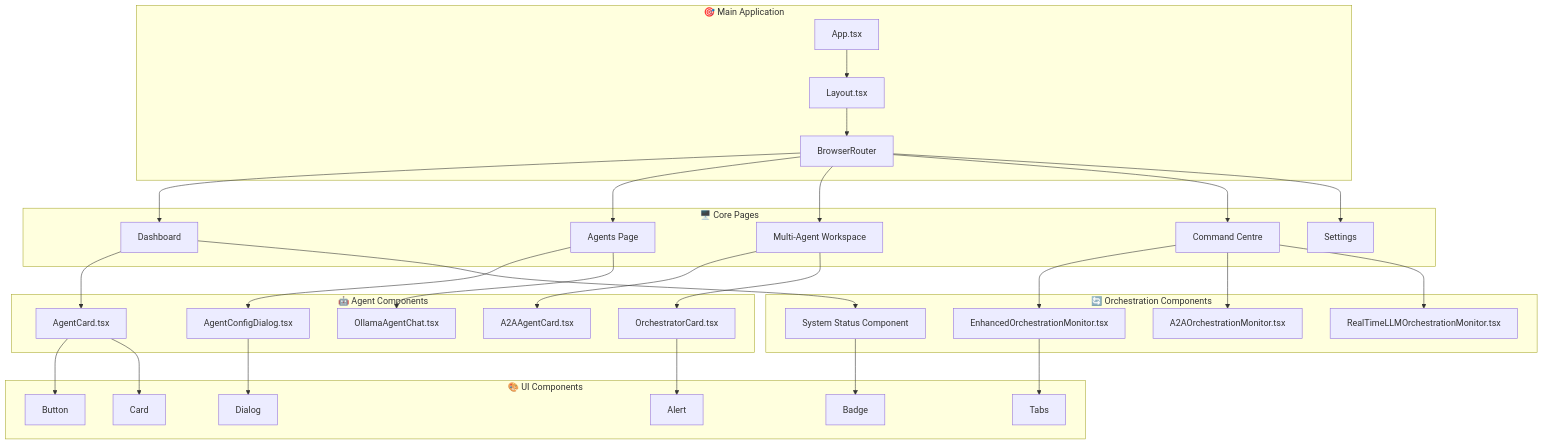
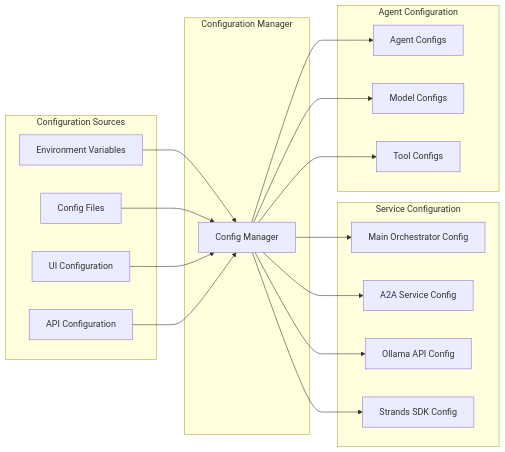
One commit to ashfrnndz21/AgentOS_Latest_Release changed the ninth of 9 diagrams in docs/ARCHITECTURE_DIAGRAMS.md. Above: the diagram before and after it, drawn with Mermaid. The commit also changed other lines of this file and 6 other files, not shown here.

````diff
--- a/docs/ARCHITECTURE_DIAGRAMS.md
+++ b/docs/ARCHITECTURE_DIAGRAMS.md
@@ -593,65 +336,40 @@
 ```mermaid
-graph TD
-    subgraph "🎯 Main Application"
-        APP[App.tsx]
-        LAYOUT[Layout.tsx]
-        ROUTER[BrowserRouter]
+graph LR
+    subgraph "Configuration Sources"
+        EV[Environment Variables]
+        CF[Config Files]
+        UI[UI Configuration]
+        API[API Configuration]
     end
     
-    subgraph "🖥️ Core Pages"
-        DASHBOARD[Dashboard]
-        AGENTS[Agents Page]
-        WORKSPACE[Multi-Agent Workspace]
-        COMMAND[Command Centre]
-        SETTINGS[Settings]
+    subgraph "Configuration Manager"
+        CM[Config Manager]
     end
     
-    subgraph "🤖 Agent Components"
-        AGENT_CARD[AgentCard.tsx]
-        AGENT_CONFIG[AgentConfigDialog.tsx]
-        AGENT_CHAT[OllamaAgentChat.tsx]
-        A2A_CARD[A2AAgentCard.tsx]
-        ORCHESTRATOR[OrchestratorCard.tsx]
+    subgraph "Service Configuration"
+        MO_CFG[Main Orchestrator Config]
+        A2A_CFG[A2A Service Config]
+        OA_CFG[Ollama API Config]
+        SS_CFG[Strands SDK Config]
     end
     
-    subgraph "🔄 Orchestration Components"
-        ENHANCED_MONITOR[EnhancedOrchestrationMonitor.tsx]
-        A2A_MONITOR[A2AOrchestrationMonitor.tsx]
-        REAL_TIME_MONITOR[RealTimeLLMOrchestrationMonitor.tsx]
-        SYSTEM_STATUS[System Status Component]
+    subgraph "Agent Configuration"
+        AG_CFG[Agent Configs]
+        MC_CFG[Model Configs]
+        TC_CFG[Tool Configs]
     end
     
-    subgraph "🎨 UI Components"
-        BUTTON[Button]
-        CARD[Card]
-        DIALOG[Dialog]
-        BADGE[Badge]
-        ALERT[Alert]
-        TABS[Tabs]
-    end
+    EV --> CM
+    CF --> CM
+    UI --> CM
+    API --> CM
     
-    APP --> LAYOUT
-    LAYOUT --> ROUTER
-    ROUTER --> DASHBOARD
-    ROUTER --> AGENTS
-    ROUTER --> WORKSPACE
-    ROUTER --> COMMAND
-    ROUTER --> SETTINGS
+    CM --> MO_CFG
+    CM --> A2A_CFG
+    CM --> OA_CFG
+    CM --> SS_CFG
     
-    DASHBOARD --> AGENT_CARD
-    DASHBOARD --> SYSTEM_STATUS
-    AGENTS --> AGENT_CONFIG
-    AGENTS --> AGENT_CHAT
-    WORKSPACE --> A2A_CARD
-    WORKSPACE --> ORCHESTRATOR
-    COMMAND --> ENHANCED_MONITOR
-    COMMAND --> A2A_MONITOR
-    COMMAND --> REAL_TIME_MONITOR
-    
-    AGENT_CARD --> BUTTON
-    AGENT_CARD --> CARD
-    AGENT_CONFIG --> DIALOG
-    SYSTEM_STATUS --> BADGE
-    ORCHESTRATOR --> ALERT
-    ENHANCED_MONITOR --> TABS
+    CM --> AG_CFG
+    CM --> MC_CFG
+    CM --> TC_CFG
 ```
````
